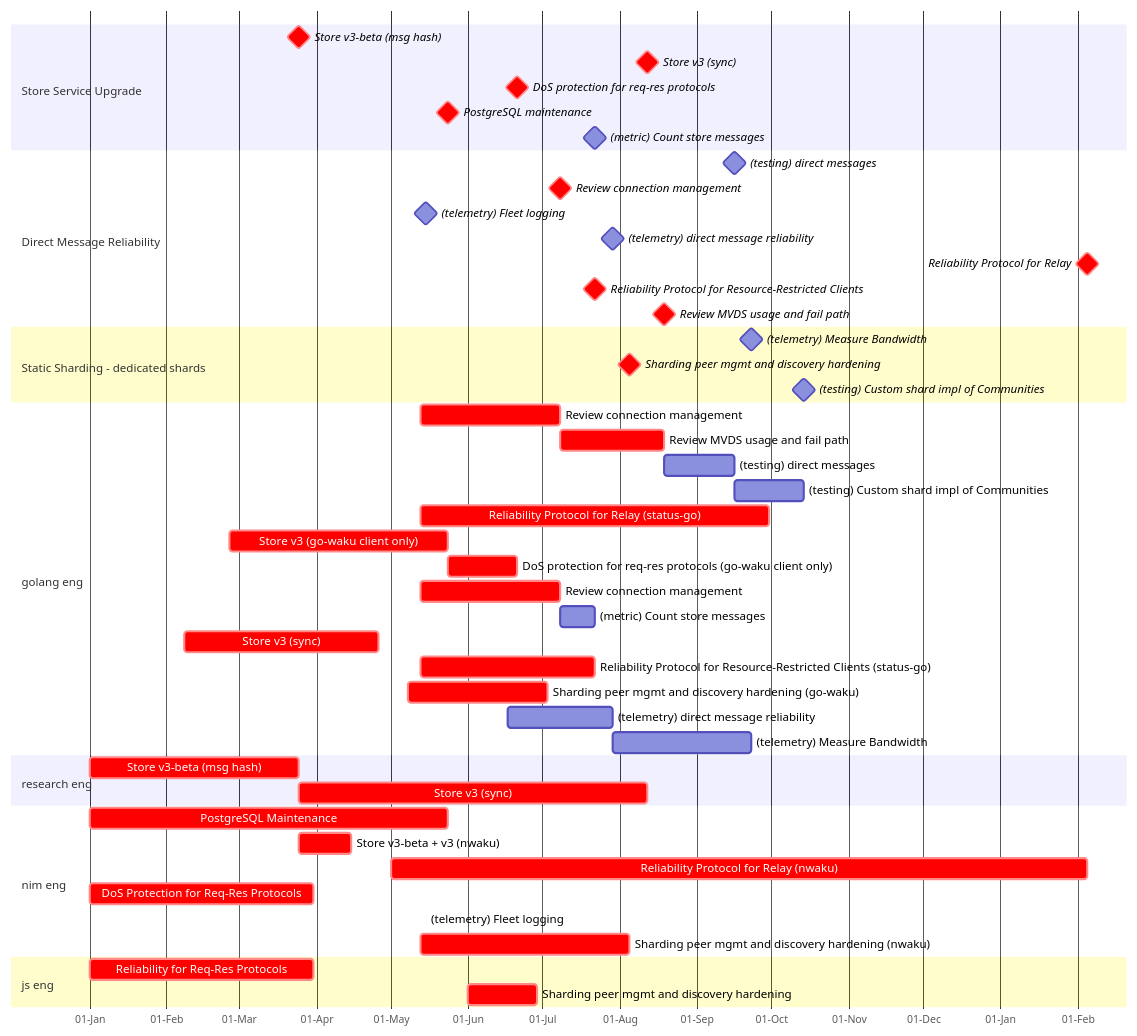
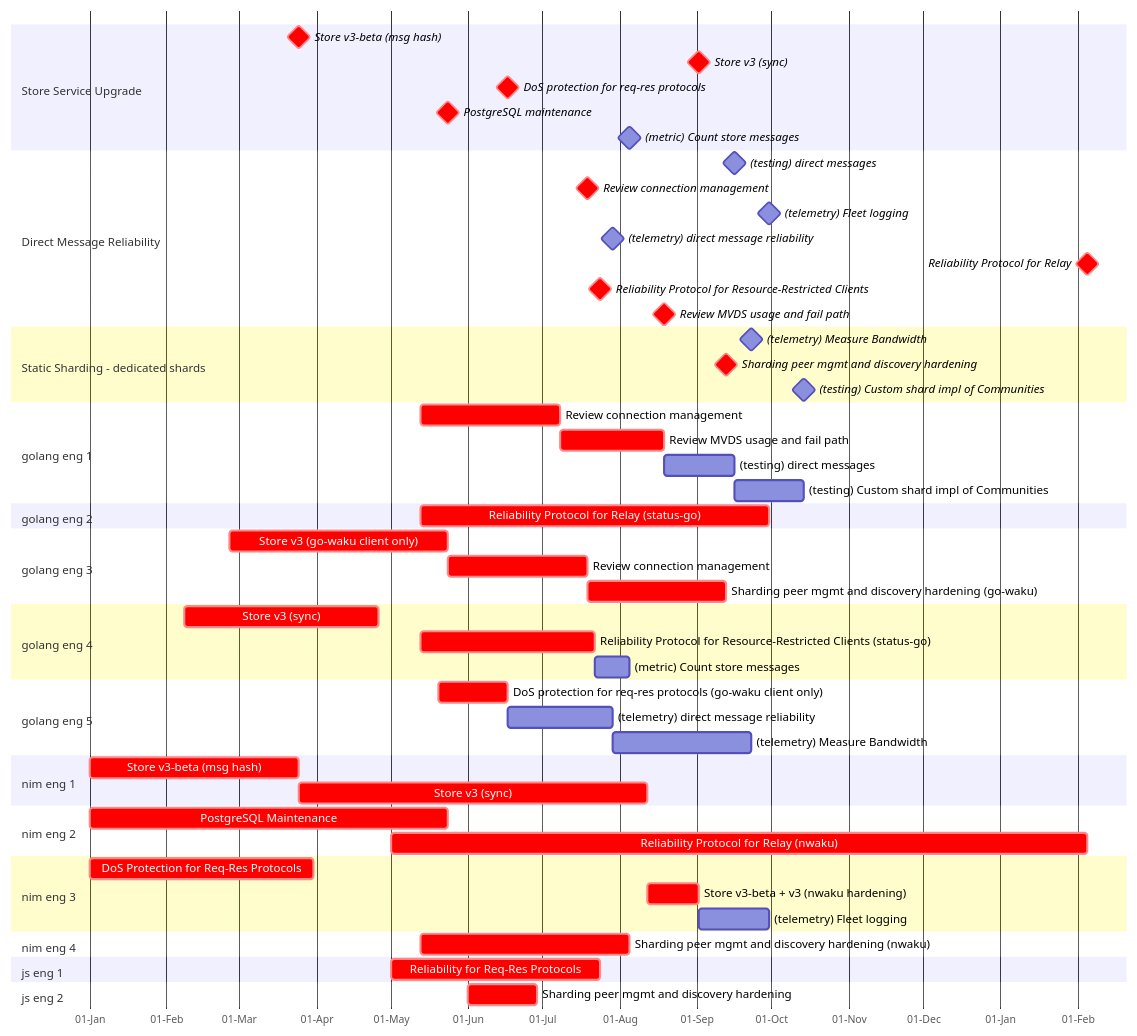
The diagram in content/waku/2024-gantt.md (logos-co/roadmap), drawn with Mermaid before and after one commit. The commit also changed other lines of this file, not shown here.

````diff
--- a/content/waku/2024-gantt.md
+++ b/content/waku/2024-gantt.md
@@ -35,7 +38,7 @@
         Sharding peer mgmt and discovery hardening: crit, milestone, after sh-peer-mgmt-j sh-peer-mgmt-n sh-peer-mgmt-g, 0
         (testing) Custom shard impl of Communities: milestone, after test-custom-shard, 0
     
-    section golang eng
+    section golang eng 1
         %% Estimation TBC
         Review connection management: crit, review-conn-mgmt-1, 2024-05-13, 8w
         %% Estimate TBC
@@ -44,51 +47,52 @@
         (testing) direct messages: test-direct-msg, after mvds, 4w
         %% Estimate TBC
         (testing) Custom shard impl of Communities: test-custom-shard, after test-direct-msg, 4w 
-    section golang eng
+    section golang eng 2
         %% Estimation TBC
         Reliability Protocol for Relay (status-go): crit, rel-relay-g, 2024-05-13, 20w
-    section golang eng
+    section golang eng 3
         Store v3 (go-waku client only): crit, storev3-g, 2024-02-26, 2024-05-24
-        %% Estimate TBD
-        DoS protection for req-res protocols (go-waku client only): crit, dosreqresg, after storev3-g, 4w
         %% Estimate TBC - assuming parallel work possible
-        Review connection management: crit, review-conn-mgmt-2, 2024-05-13, 8w
-        (metric) Count store messages: count-store-msg, after review-conn-mgmt-2, 2w
-    section golang eng
+        Review connection management: crit, review-conn-mgmt-2, after storev3-g, 8w
+        %% TBC Estimate
+        Sharding peer mgmt and discovery hardening (go-waku): crit, sh-peer-mgmt-g, after review-conn-mgmt-2, 8w
+    section golang eng 4
         %% Review if actually needed
         Store v3 (sync): crit, 2024-02-08, 2024-04-26
         %% Estimate TBC assuming no RFC here
         Reliability Protocol for Resource-Restricted Clients (status-go): crit, rel-reqres-g, 2024-05-13, 10w
-        %% TBC Estimate
-        Sharding peer mgmt and discovery hardening (go-waku): crit, sh-peer-mgmt-g, after rel-resreq-g, 8w
-    section golang eng
+        (metric) Count store messages: count-store-msg, after rel-reqres-g, 2w
+    section golang eng 5
+        %% Estimate TBD
+        DoS protection for req-res protocols (go-waku client only): crit, dosreqresg, 2024-05-20, 4w
         %% TBC estimate and start
         (telemetry) direct message reliability: telem-d-msg-rel, 2024-06-17, 6w
         %% TBC estimate and start
         (telemetry) Measure Bandwidth: telem-bandwidth, after telem-d-msg-rel, 8w
-    section research eng
+    section test eng 1
+        %% TODO: start small scale simulations of DST such store perf    
+    section nim eng 1
         %% TBC estimation done?
         Store v3-beta (msg hash): crit, storev3-br, 2024-01-01, 12w
         %% TBC estimation
         Store v3 (sync): crit, storev3-r, after storev3-br, 20w
-    section test eng
-        %% TODO: start small scale simulations of DST such store perf
-    section nim eng
+    section nim eng 2
         PostgreSQL Maintenance: crit, pgsql, 2024-01-01, 2024-05-24
-        %% TBC estimate, this is assuming PoC is done, ie,  how much hardening would be needed?
-        Store v3-beta + v3 (nwaku): crit, storev3-n, after storev3-br, 3w
         %% TBC estimate
         Reliability Protocol for Relay (nwaku): crit, rel-relay-n, 2024-05-01, 40w
-    section nim eng
+    section nim eng 3
         %% TBC estimate/end
         DoS Protection for Req-Res Protocols: crit, dosreqresn, 2024-01-01, 90d
-        (telemetry) Fleet logging: telem-fleet-logging, 2024-05-15, 4w %% TBC estimate/end/start
-    section nim eng
+        %% TBC estimate, this is assuming PoC is done, ie,  how much hardening would be needed?
+        Store v3-beta + v3 (nwaku hardening): crit, storev3-n, after storev3-br storev3-r dosreqresn, 3w
+        %% TBC estimate/end/start
+        (telemetry) Fleet logging: telem-fleet-logging, after storev3-n, 4w
+    section nim eng 4
         %% TBC estimate/end
         Sharding peer mgmt and discovery hardening (nwaku): crit, sh-peer-mgmt-n, 2024-05-13, 12w
-    section js eng
-        Reliability for Req-Res Protocols: crit, rel-reqres-j, 2024-01-01, 90d
-    section js eng
+    section js eng 1
+        Reliability for Req-Res Protocols: crit, rel-reqres-j, 2024-05-01, 12w
+    section js eng 2
         %% TBC scope
         Sharding peer mgmt and discovery hardening: crit, sh-peer-mgmt-j, 2024-06-01, 4w
 ```
````
